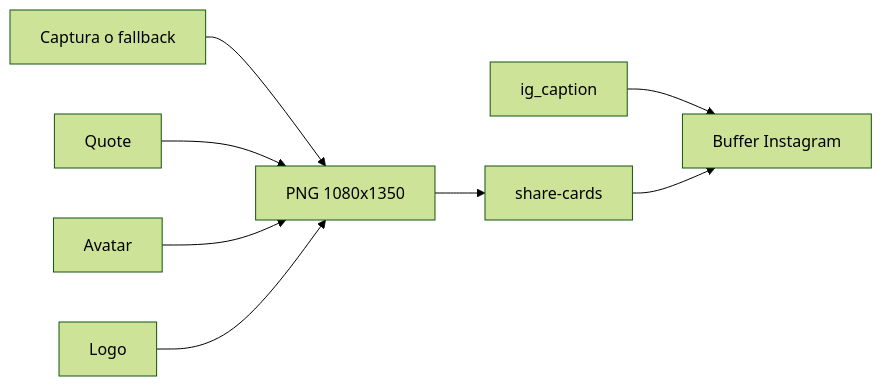
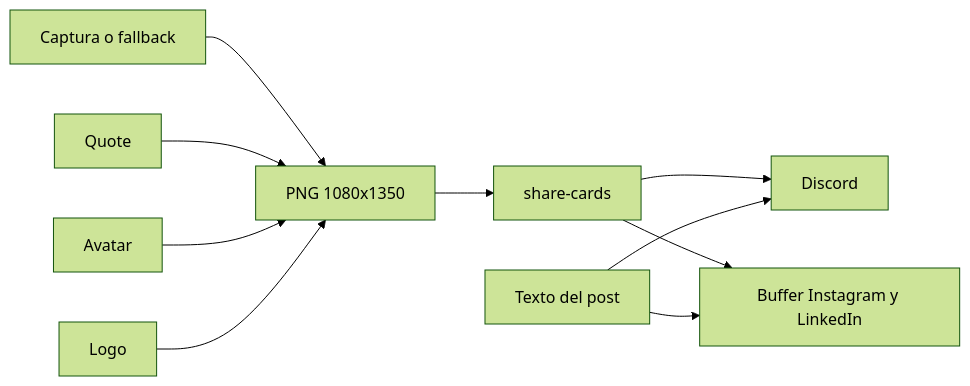
The third of 3 diagrams in apps/testimonios/docs/app_testimonios_plan.md (No-Country-simulation/fellowship-web-tt), drawn with Mermaid (forest theme) before and after one commit. The commit also changed other lines of this file and 19 other files, not shown here.

````diff
--- a/apps/testimonios/docs/app_testimonios_plan.md
+++ b/apps/testimonios/docs/app_testimonios_plan.md
@@ -177,10 +178,12 @@
 ```mermaid
 flowchart LR
   capture[Captura o fallback] --> card[PNG 1080x1350]
   quote[Quote] --> card
   avatar[Avatar] --> card
   logo[Logo] --> card
   card --> storage[share-cards]
-  caption[ig_caption] --> buffer[Buffer Instagram]
-  storage --> buffer
+  storage --> discord[Discord]
+  storage --> buffer[Buffer Instagram y LinkedIn]
+  caption[Texto del post] --> discord
+  caption --> buffer
 ```
````
